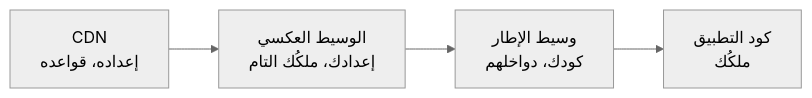
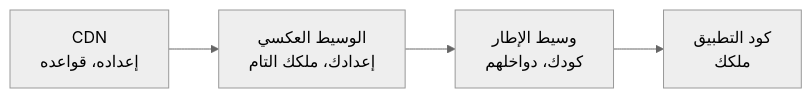
One commit to Tamoura/system-design-for-vibe-coders changed the diagram in modules/03-caching/lesson-2-cache-poisoning.ar.md. Above: the diagram before and after it, drawn with Mermaid (neutral theme). The commit also changed other lines of this file and 6 other files, not shown here.

````diff
--- a/modules/03-caching/lesson-2-cache-poisoning.ar.md
+++ b/modules/03-caching/lesson-2-cache-poisoning.ar.md
@@ -84,6 +84,6 @@
 ```mermaid
 flowchart LR
-    A["CDN<br/>إعداده، قواعده"] --> B["الوسيط العكسي<br/>إعدادك، ملكُك التام"]
+    A["CDN<br/>إعداده، قواعده"] --> B["الوسيط العكسي<br/>إعدادك، ملكك التام"]
     B --> C["وسيط الإطار<br/>كودك، دواخلهم"]
-    C --> D["كود التطبيق<br/>ملكُك"]
+    C --> D["كود التطبيق<br/>ملكك"]
 ```
````
